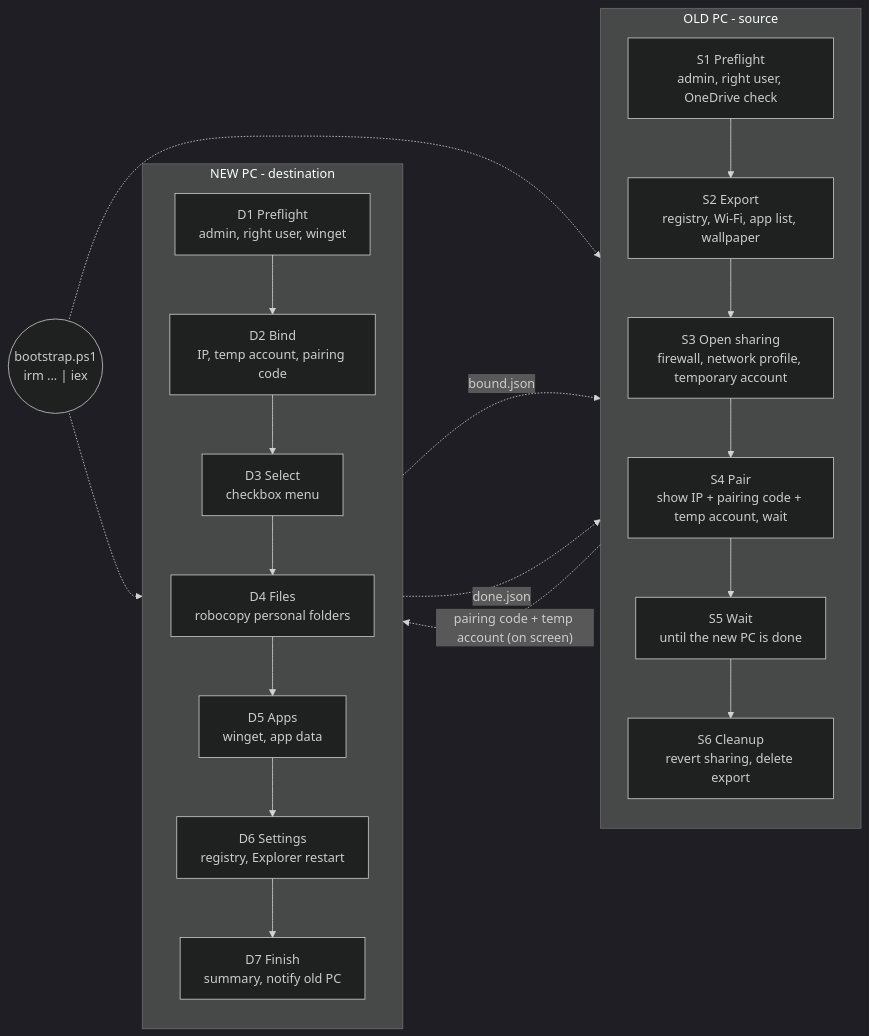
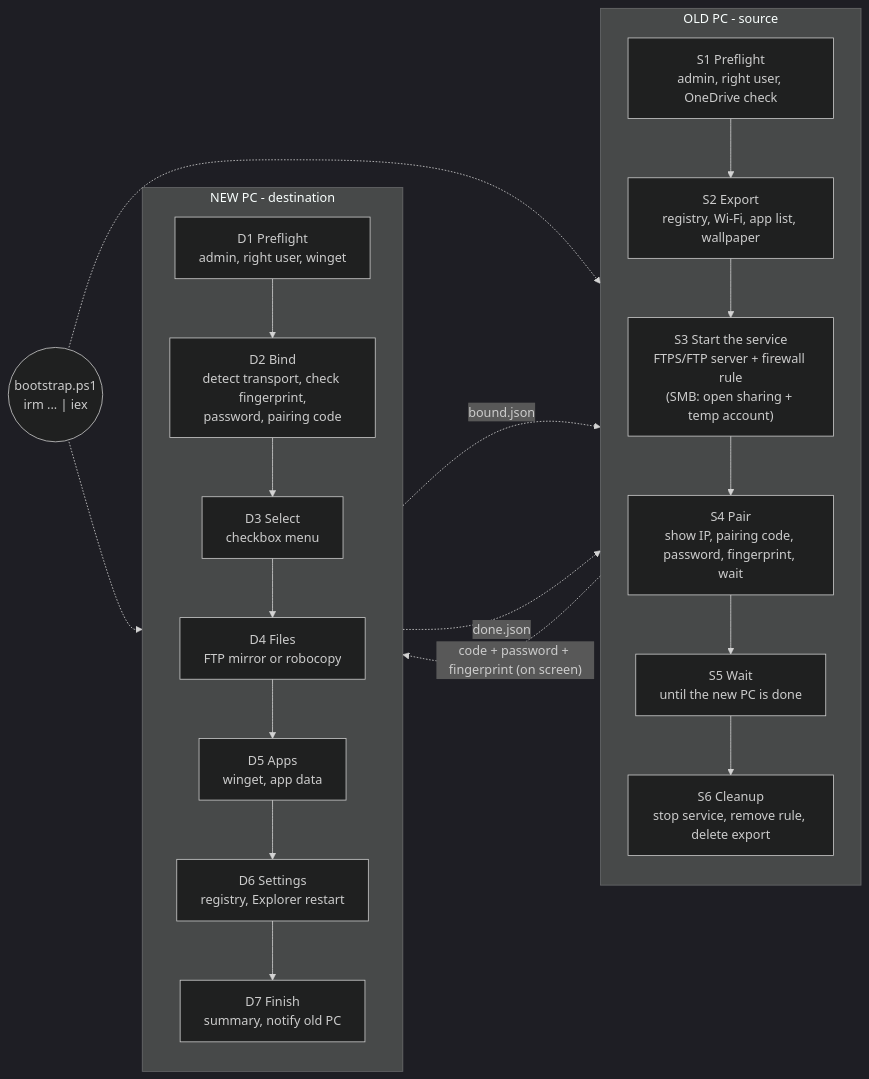
Before and after one commit to SheepasTech/windows-transfer-tool: the diagram in README.md, drawn with Mermaid (dark theme). The commit also changed other lines of this file and 6 other files, not shown here.

First line of the commit message:
Add FTPS and FTP transports; README and bootstrap use this branch

````diff
--- a/README.md
+++ b/README.md
@@ -31,29 +54,29 @@
 ```mermaid
 flowchart LR
     B(("bootstrap.ps1<br/>irm ... | iex"))
 
     subgraph OLD["OLD PC - source"]
         direction TB
         S1["S1 Preflight<br/>admin, right user, OneDrive check"] --> S2["S2 Export<br/>registry, Wi-Fi, app list, wallpaper"]
-        S2 --> S3["S3 Open sharing<br/>firewall, network profile, temporary account"]
-        S3 --> S4["S4 Pair<br/>show IP + pairing code + temp account, wait"]
+        S2 --> S3["S3 Start the service<br/>FTPS/FTP server + firewall rule<br/>(SMB: open sharing + temp account)"]
+        S3 --> S4["S4 Pair<br/>show IP, pairing code, password, fingerprint, wait"]
         S4 --> S5["S5 Wait<br/>until the new PC is done"]
-        S5 --> S6["S6 Cleanup<br/>revert sharing, delete export"]
+        S5 --> S6["S6 Cleanup<br/>stop service, remove rule, delete export"]
     end
 
     subgraph NEW["NEW PC - destination"]
         direction TB
-        D1["D1 Preflight<br/>admin, right user, winget"] --> D2["D2 Bind<br/>IP, temp account, pairing code"]
+        D1["D1 Preflight<br/>admin, right user, winget"] --> D2["D2 Bind<br/>detect transport, check fingerprint,<br/>password, pairing code"]
         D2 --> D3["D3 Select<br/>checkbox menu"]
-        D3 --> D4["D4 Files<br/>robocopy personal folders"]
+        D3 --> D4["D4 Files<br/>FTP mirror or robocopy"]
         D4 --> D5["D5 Apps<br/>winget, app data"]
         D5 --> D6["D6 Settings<br/>registry, Explorer restart"]
         D6 --> D7["D7 Finish<br/>summary, notify old PC"]
     end
 
     B -.-> S1
     B -.-> D1
-    S4 -. "pairing code + temp account (on screen)" .-> D2
+    S4 -. "code + password + fingerprint (on screen)" .-> D2
     D2 -. "bound.json" .-> S4
     D7 -. "done.json" .-> S5
 ```
````
